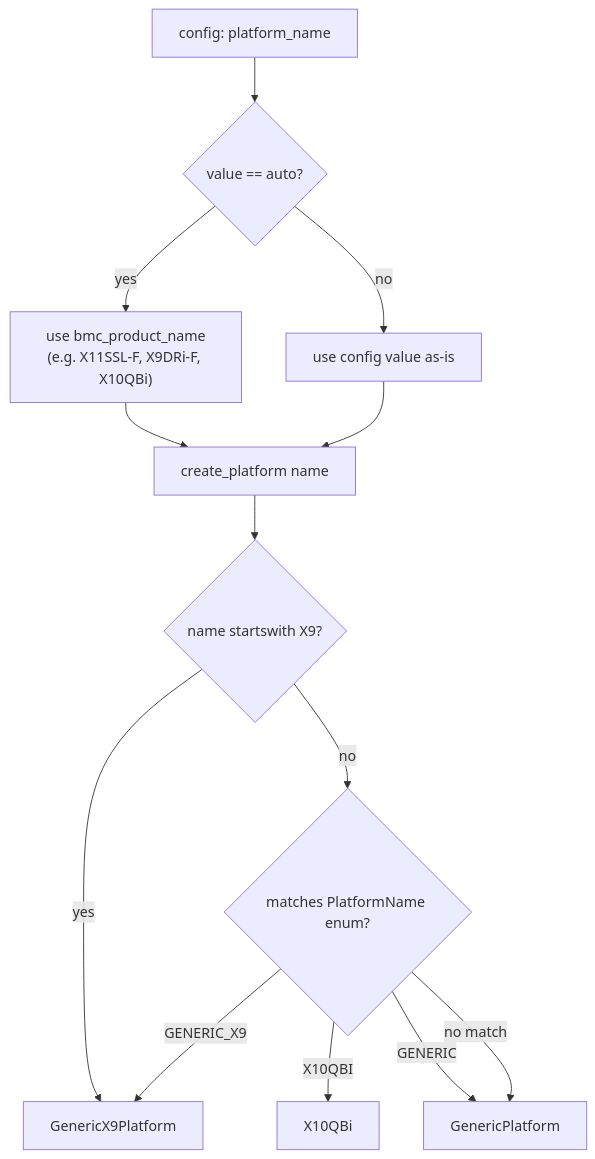
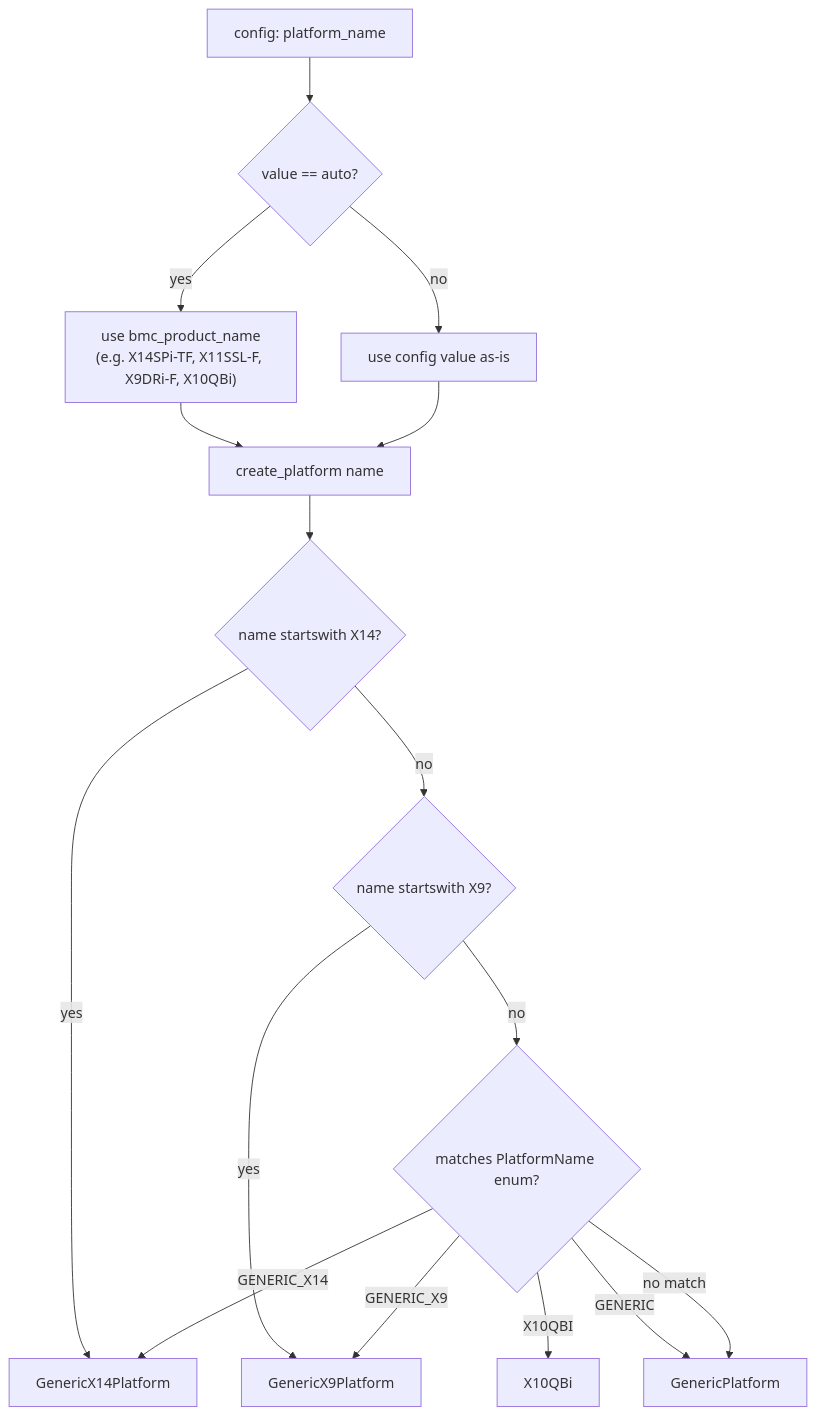
The third of 10 diagrams in ARCHITECTURE.md (petersulyok/smfc), drawn with Mermaid before and after one commit. The commit also changed other lines of this file, not shown here.

Commit message:
Changed: update ARCHITECTURE.md for X14 platform, start/end API, Grafana, nine sample configs

````diff
--- a/ARCHITECTURE.md
+++ b/ARCHITECTURE.md
@@ -268,15 +271,18 @@
 ```mermaid
 flowchart TD
     A[config: platform_name] --> B{value == auto?}
-    B -- yes --> C["use bmc_product_name<br/>(e.g. X11SSL-F, X9DRi-F, X10QBi)"]
+    B -- yes --> C["use bmc_product_name<br/>(e.g. X14SPi-TF, X11SSL-F, X9DRi-F, X10QBi)"]
     B -- no --> D[use config value as-is]
     C --> F[create_platform name]
     D --> F
-    F --> G{name startswith X9?}
-    G -- yes --> X9[GenericX9Platform]
-    G -- no --> H{matches PlatformName enum?}
-    H -- GENERIC_X9 --> X9
-    H -- X10QBI --> XQ[X10QBi]
-    H -- GENERIC --> GP[GenericPlatform]
-    H -- no match --> GP
+    F --> G{name startswith X14?}
+    G -- yes --> X14[GenericX14Platform]
+    G -- no --> H{name startswith X9?}
+    H -- yes --> X9[GenericX9Platform]
+    H -- no --> I{matches PlatformName enum?}
+    I -- GENERIC_X14 --> X14
+    I -- GENERIC_X9 --> X9
+    I -- X10QBI --> XQ[X10QBi]
+    I -- GENERIC --> GP[GenericPlatform]
+    I -- no match --> GP
 ```
````
